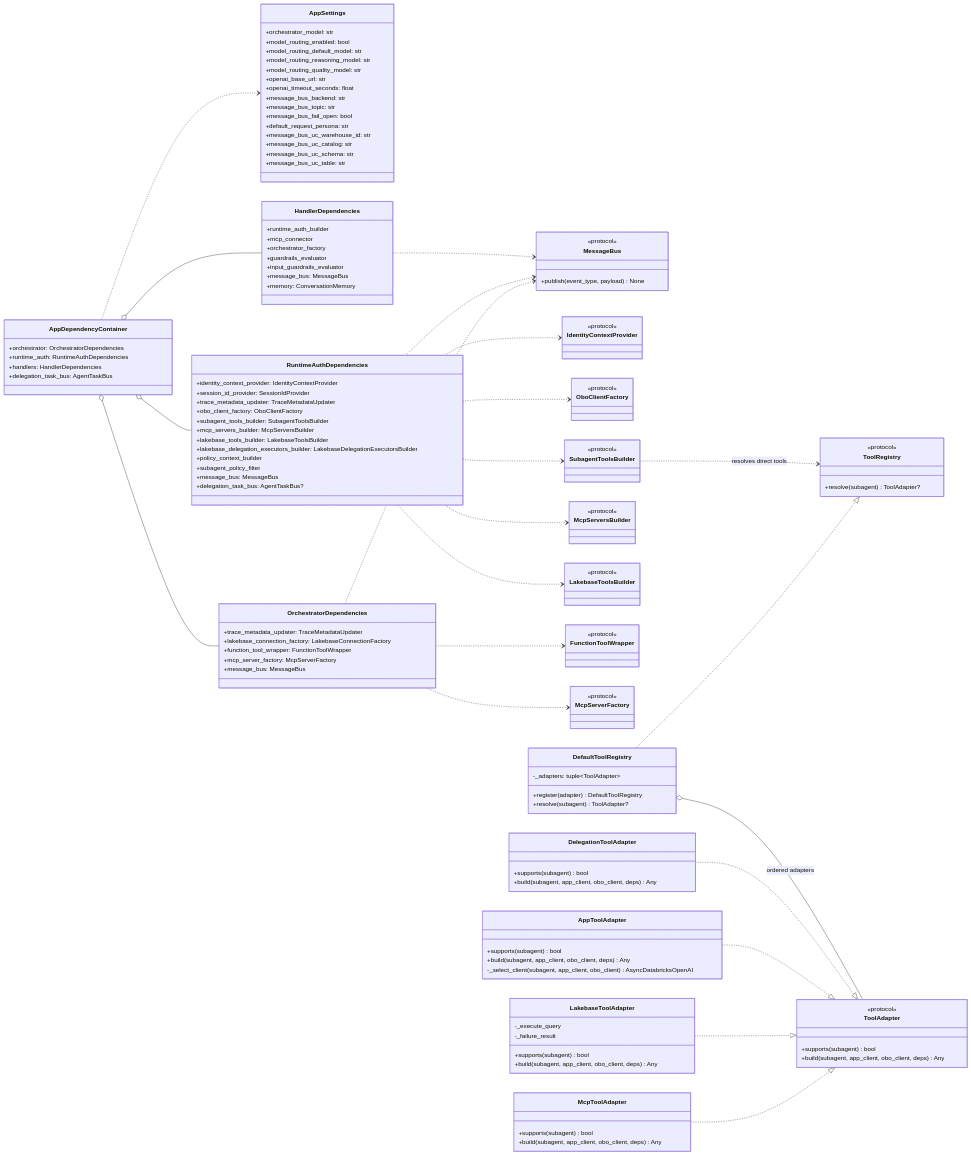
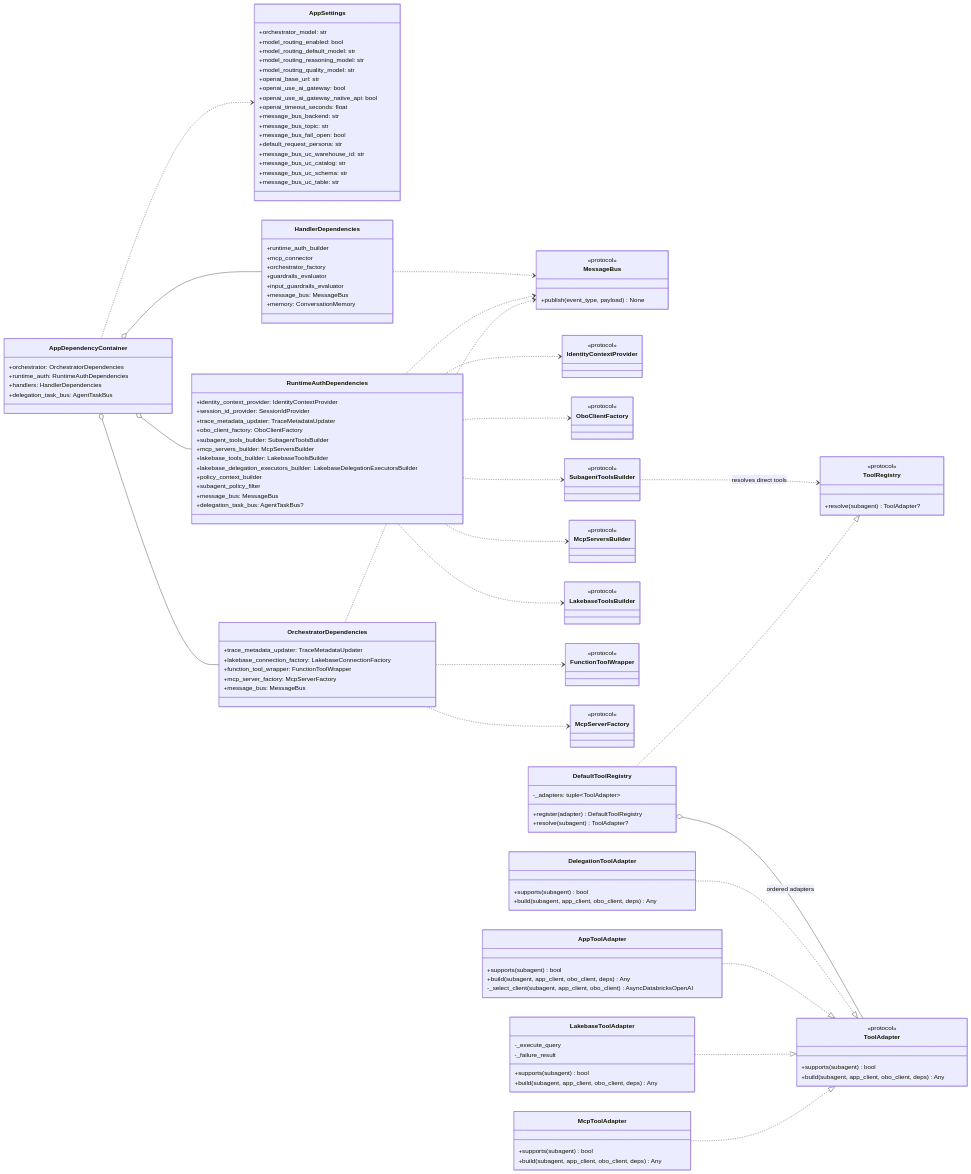
Before and after one commit to wchen-dea/Governed-Multi-Agent-Intelligence-on-Databricks: the second of 6 diagrams in docs/architecture/design-artifacts/08-runtime-domain-model.md, drawn with Mermaid. The commit also changed 15 other files, not shown here.

Commit message:
openai_use_ai_gateway

```diff
--- a/docs/architecture/design-artifacts/08-runtime-domain-model.md
+++ b/docs/architecture/design-artifacts/08-runtime-domain-model.md
@@ -116,6 +116,8 @@
     +model_routing_reasoning_model: str
     +model_routing_quality_model: str
     +openai_base_url: str
+    +openai_use_ai_gateway: bool
+    +openai_use_ai_gateway_native_api: bool
     +openai_timeout_seconds: float
     +message_bus_backend: str
     +message_bus_topic: str
```
